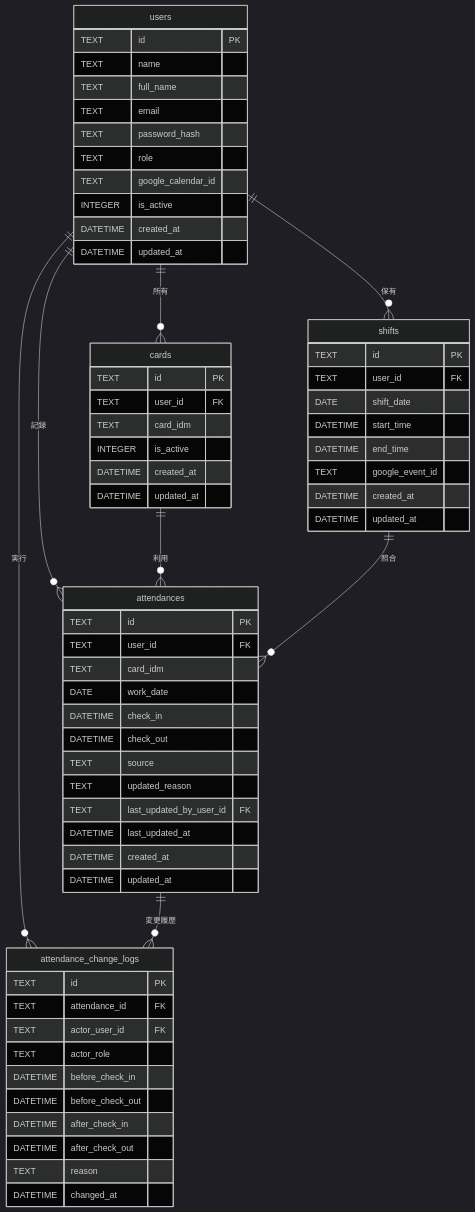
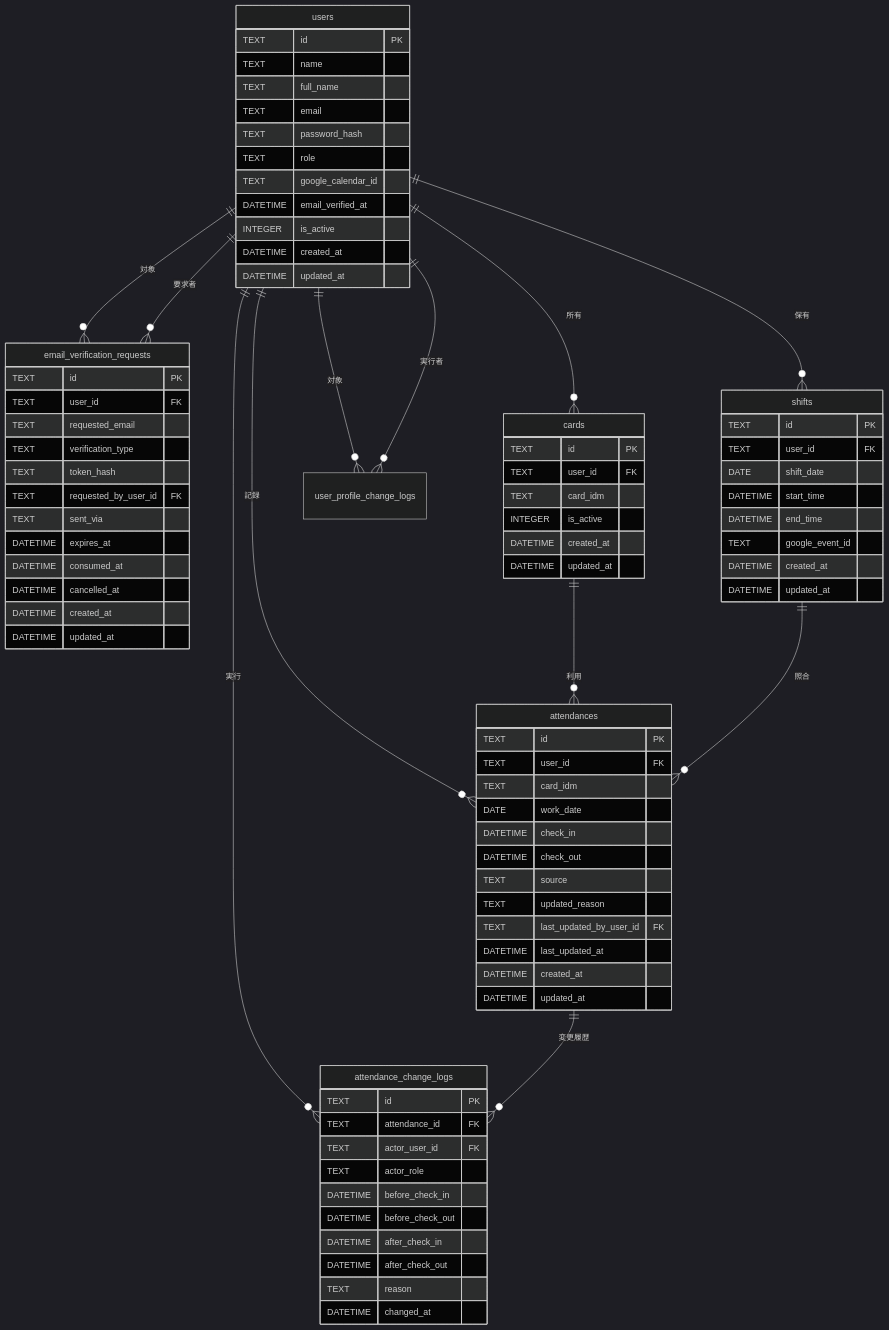
One commit to tukumanalab/kint changed the first of 5 diagrams in docs/database-design.md. Above: the diagram before and after it, drawn with Mermaid (dark theme). The commit also changed other lines of this file and 5 other files, not shown here.

````diff
--- a/docs/database-design.md
+++ b/docs/database-design.md
@@ -155,7 +224,23 @@
     TEXT password_hash
     TEXT role
     TEXT google_calendar_id
+    DATETIME email_verified_at
     INTEGER is_active
+    DATETIME created_at
+    DATETIME updated_at
+  }
+
+  email_verification_requests {
+    TEXT id PK
+    TEXT user_id FK
+    TEXT requested_email
+    TEXT verification_type
+    TEXT token_hash
+    TEXT requested_by_user_id FK
+    TEXT sent_via
+    DATETIME expires_at
+    DATETIME consumed_at
+    DATETIME cancelled_at
     DATETIME created_at
     DATETIME updated_at
   }
@@ -212,7 +297,11 @@
   users ||--o{ attendances : 記録
   users ||--o{ attendance_change_logs : 実行
   users ||--o{ shifts : 保有
+  users ||--o{ email_verification_requests : 対象
+  users ||--o{ email_verification_requests : 要求者
   cards ||--o{ attendances : 利用
   attendances ||--o{ attendance_change_logs : 変更履歴
+  users ||--o{ user_profile_change_logs : 対象
+  users ||--o{ user_profile_change_logs : 実行者
   shifts ||--o{ attendances : 照合
 ```
````
